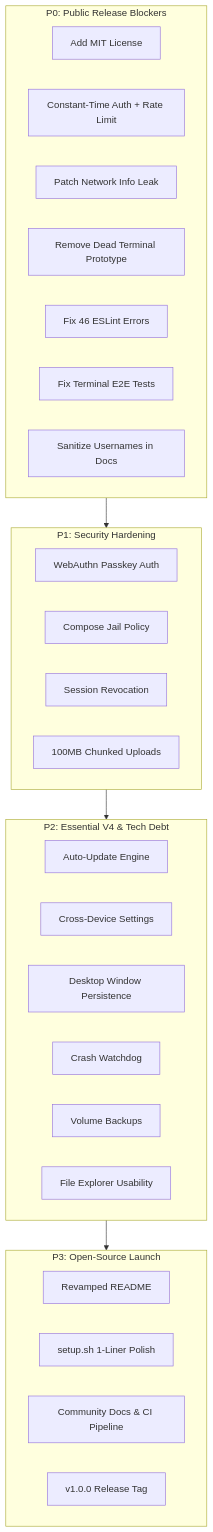
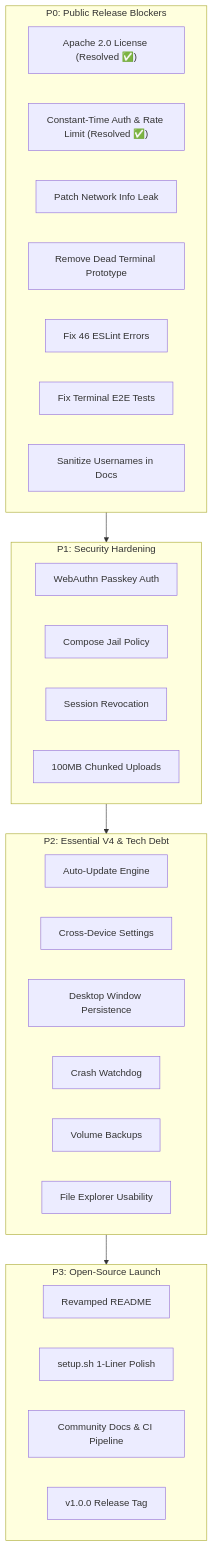
One commit to Cypher0071/Home_Cloud changed the diagram in docs/launch_changes.md. Above: the diagram before and after it, drawn with Mermaid. The commit also changed other lines of this file and 3 other files, not shown here.

Commit message:
fix(auth): implement constant-time password comparison and login rate limiting

````diff
--- a/docs/launch_changes.md
+++ b/docs/launch_changes.md
@@ -279,39 +276,39 @@
 ```mermaid
 flowchart TD
     subgraph P0["P0: Public Release Blockers"]
-        L[Add MIT License]
-        A[Constant-Time Auth + Rate Limit]
+        L["Apache 2.0 License (Resolved ✅)"]
+        A["Constant-Time Auth & Rate Limit (Resolved ✅)"]
         N[Patch Network Info Leak]
         T[Remove Dead Terminal Prototype]
         E[Fix 46 ESLint Errors]
         TS[Fix Terminal E2E Tests]
         S[Sanitize Usernames in Docs]
     end
 
     subgraph P1["P1: Security Hardening"]
         W[WebAuthn Passkey Auth]
         J[Compose Jail Policy]
         R[Session Revocation]
         U[100MB Chunked Uploads]
     end
 
     subgraph P2["P2: Essential V4 & Tech Debt"]
         AU[Auto-Update Engine]
         SP[Cross-Device Settings]
         WP[Desktop Window Persistence]
         CW[Crash Watchdog]
         BK[Volume Backups]
         FE[File Explorer Usability]
     end
 
     subgraph P3["P3: Open-Source Launch"]
         RM[Revamped README]
         ST[setup.sh 1-Liner Polish]
         GH[Community Docs & CI Pipeline]
         REL[v1.0.0 Release Tag]
     end
 
     P0 --> P1
     P1 --> P2
     P2 --> P3
 ```
````
